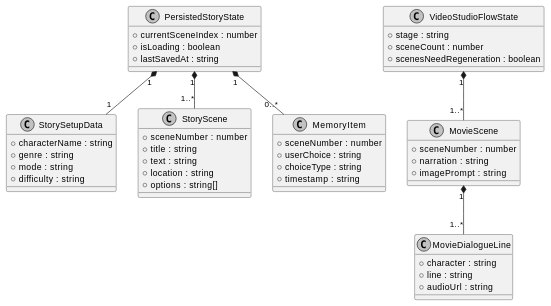
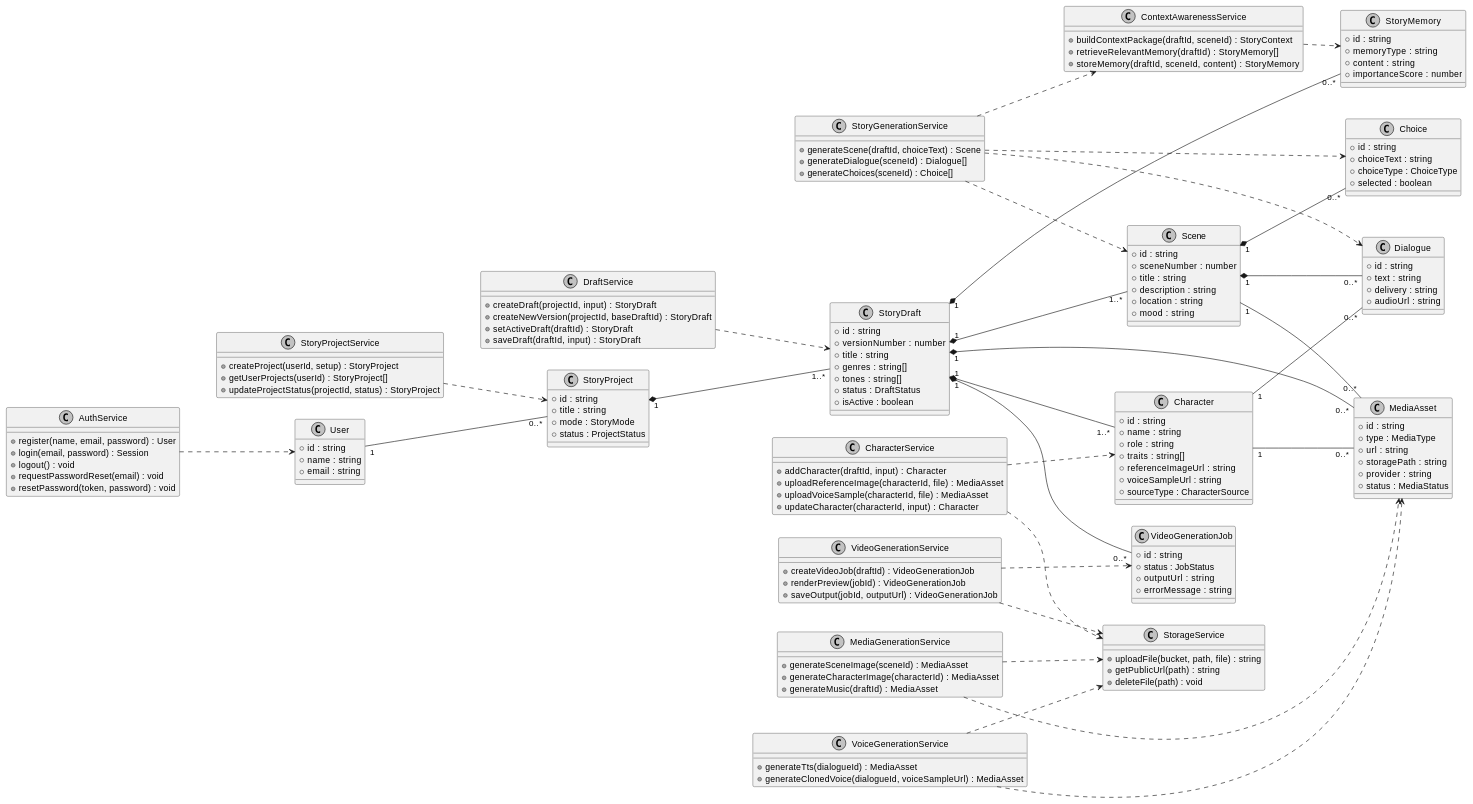
One commit to alishakeel007-afk/Omni-Narrative-Engine changed diagram 16 of 16 in plantuml_diagrams.md. Above: the diagram before and after it, drawn with PlantUML. The commit also changed other lines of this file and 29 other files, not shown here.

Commit message:
Migrate to Supabase Postgres and update project architecture and color pallete to light blue, dark background and white text

````diff
--- a/plantuml_diagrams.md
+++ b/plantuml_diagrams.md
@@ -711,58 +823,178 @@
 ```plantuml
 @startuml
 skinparam monochrome true
+left to right direction
 
-class StorySetupData {
-  + characterName : string
-  + genre : string
-  + mode : string
-  + difficulty : string
+class AuthService {
+  + register(name, email, password) : User
+  + login(email, password) : Session
+  + logout() : void
+  + requestPasswordReset(email) : void
+  + resetPassword(token, password) : void
 }
 
-class PersistedStoryState {
-  + currentSceneIndex : number
-  + isLoading : boolean
-  + lastSavedAt : string
+class StoryProjectService {
+  + createProject(userId, setup) : StoryProject
+  + getUserProjects(userId) : StoryProject[]
+  + updateProjectStatus(projectId, status) : StoryProject
 }
 
-class StoryScene {
+class DraftService {
+  + createDraft(projectId, input) : StoryDraft
+  + createNewVersion(projectId, baseDraftId) : StoryDraft
+  + setActiveDraft(draftId) : StoryDraft
+  + saveDraft(draftId, input) : StoryDraft
+}
+
+class CharacterService {
+  + addCharacter(draftId, input) : Character
+  + uploadReferenceImage(characterId, file) : MediaAsset
+  + uploadVoiceSample(characterId, file) : MediaAsset
+  + updateCharacter(characterId, input) : Character
+}
+
+class ContextAwarenessService {
+  + buildContextPackage(draftId, sceneId) : StoryContext
+  + retrieveRelevantMemory(draftId) : StoryMemory[]
+  + storeMemory(draftId, sceneId, content) : StoryMemory
+}
+
+class StoryGenerationService {
+  + generateScene(draftId, choiceText) : Scene
+  + generateDialogue(sceneId) : Dialogue[]
+  + generateChoices(sceneId) : Choice[]
+}
+
+class MediaGenerationService {
+  + generateSceneImage(sceneId) : MediaAsset
+  + generateCharacterImage(characterId) : MediaAsset
+  + generateMusic(draftId) : MediaAsset
+}
+
+class VoiceGenerationService {
+  + generateTts(dialogueId) : MediaAsset
+  + generateClonedVoice(dialogueId, voiceSampleUrl) : MediaAsset
+}
+
+class VideoGenerationService {
+  + createVideoJob(draftId) : VideoGenerationJob
+  + renderPreview(jobId) : VideoGenerationJob
+  + saveOutput(jobId, outputUrl) : VideoGenerationJob
+}
+
+class StorageService {
+  + uploadFile(bucket, path, file) : string
+  + getPublicUrl(path) : string
+  + deleteFile(path) : void
+}
+
+class User {
+  + id : string
+  + name : string
+  + email : string
+}
+
+class StoryProject {
+  + id : string
+  + title : string
+  + mode : StoryMode
+  + status : ProjectStatus
+}
+
+class StoryDraft {
+  + id : string
+  + versionNumber : number
+  + title : string
+  + genres : string[]
+  + tones : string[]
+  + status : DraftStatus
+  + isActive : boolean
+}
+
+class Character {
+  + id : string
+  + name : string
+  + role : string
+  + traits : string[]
+  + referenceImageUrl : string
+  + voiceSampleUrl : string
+  + sourceType : CharacterSource
+}
+
+class Scene {
+  + id : string
   + sceneNumber : number
   + title : string
-  + text : string
+  + description : string
   + location : string
-  + options : string[]
+  + mood : string
 }
 
-class MemoryItem {
-  + sceneNumber : number
-  + userChoice : string
-  + choiceType : string
-  + timestamp : string
-}
-
-class VideoStudioFlowState {
-  + stage : string
-  + sceneCount : number
-  + scenesNeedRegeneration : boolean
-}
-
-class MovieScene {
-  + sceneNumber : number
-  + narration : string
-  + imagePrompt : string
-}
-
-class MovieDialogueLine {
-  + character : string
-  + line : string
+class Dialogue {
+  + id : string
+  + text : string
+  + delivery : string
   + audioUrl : string
 }
 
-PersistedStoryState "1" *-- "1" StorySetupData
-PersistedStoryState "1" *-- "1..*" StoryScene
-PersistedStoryState "1" *-- "0..*" MemoryItem
+class Choice {
+  + id : string
+  + choiceText : string
+  + choiceType : ChoiceType
+  + selected : boolean
+}
 
-VideoStudioFlowState "1" *-- "1..*" MovieScene
-MovieScene "1" *-- "1..*" MovieDialogueLine
+class StoryMemory {
+  + id : string
+  + memoryType : string
+  + content : string
+  + importanceScore : number
+}
+
+class MediaAsset {
+  + id : string
+  + type : MediaType
+  + url : string
+  + storagePath : string
+  + provider : string
+  + status : MediaStatus
+}
+
+class VideoGenerationJob {
+  + id : string
+  + status : JobStatus
+  + outputUrl : string
+  + errorMessage : string
+}
+
+AuthService ..> User
+StoryProjectService ..> StoryProject
+DraftService ..> StoryDraft
+CharacterService ..> Character
+CharacterService ..> StorageService
+StoryGenerationService ..> ContextAwarenessService
+StoryGenerationService ..> Scene
+StoryGenerationService ..> Dialogue
+StoryGenerationService ..> Choice
+ContextAwarenessService ..> StoryMemory
+MediaGenerationService ..> MediaAsset
+MediaGenerationService ..> StorageService
+VoiceGenerationService ..> MediaAsset
+VoiceGenerationService ..> StorageService
+VideoGenerationService ..> VideoGenerationJob
+VideoGenerationService ..> StorageService
+
+User "1" -- "0..*" StoryProject
+StoryProject "1" *-- "1..*" StoryDraft
+StoryDraft "1" *-- "1..*" Character
+StoryDraft "1" *-- "1..*" Scene
+StoryDraft "1" *-- "0..*" StoryMemory
+StoryDraft "1" *-- "0..*" MediaAsset
+StoryDraft "1" *-- "0..*" VideoGenerationJob
+Scene "1" *-- "0..*" Dialogue
+Scene "1" *-- "0..*" Choice
+Scene "1" -- "0..*" MediaAsset
+Character "1" -- "0..*" Dialogue
+Character "1" -- "0..*" MediaAsset
 @enduml
 ```
````
